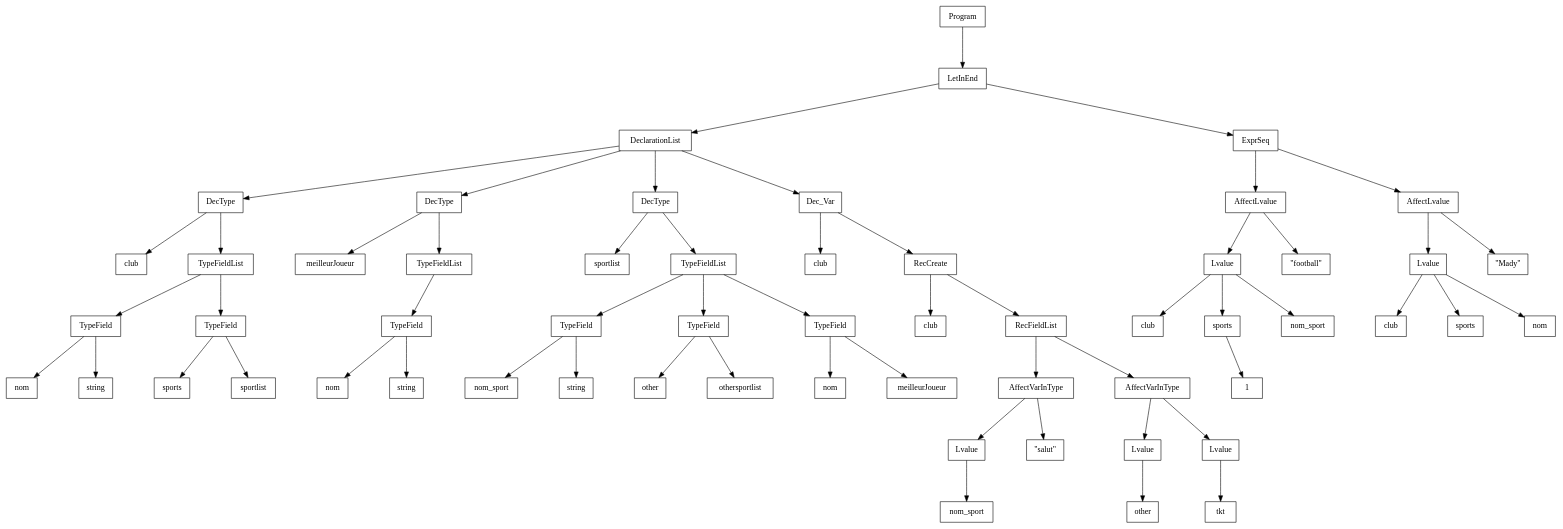
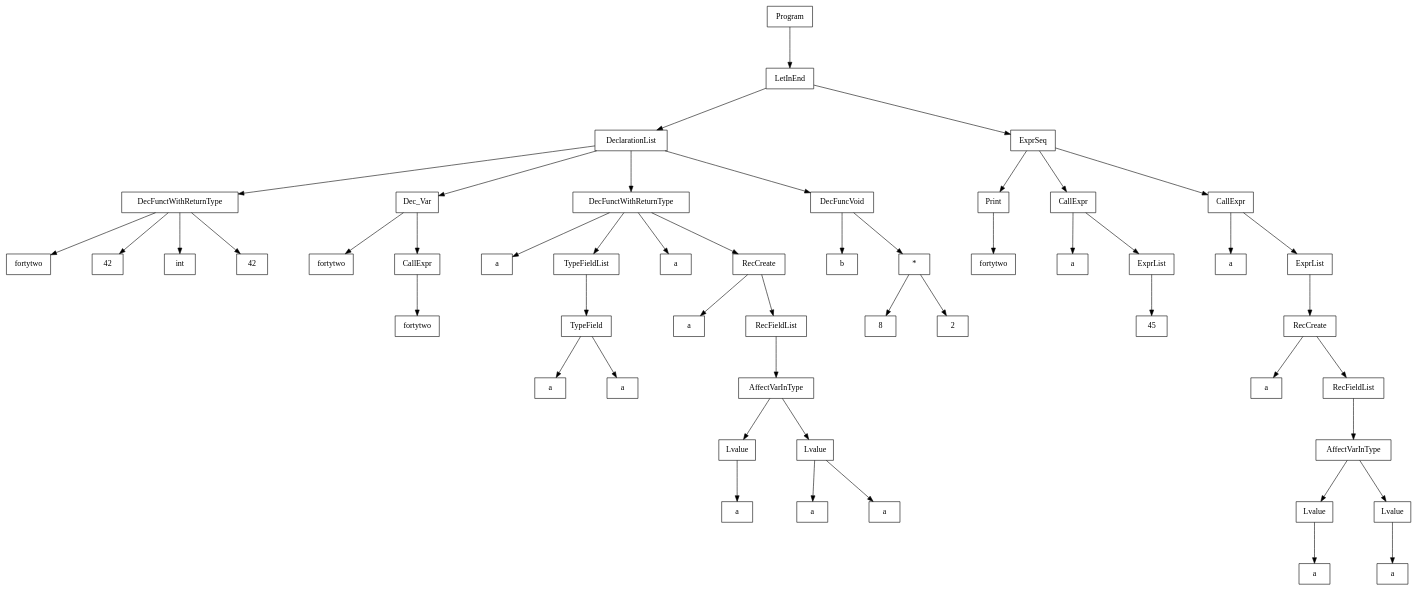
Before and after one commit to smarsou/compiler-syntax-semantic-analysis: the diagram in out/tree.dot, drawn with Graphviz. The commit also changed 4 other files, not shown here.

```diff
--- a/out/tree.dot
+++ b/out/tree.dot
@@ -1,122 +1,108 @@
 digraph "ast"{
 
 	nodesep=1;
 	ranksep=1;
 
 	N0 [label="Program", shape="box"];
 	N1 [label="LetInEnd", shape="box"];
 	N2 [label="DeclarationList", shape="box"];
-	N3 [label="DecType", shape="box"];
-	N4 [label="club", shape="box"];
-	N5 [label="TypeFieldList", shape="box"];
-	N6 [label="TypeField", shape="box"];
-	N7 [label="nom", shape="box"];
-	N8 [label="string", shape="box"];
-	N9 [label="TypeField", shape="box"];
-	N10 [label="sports", shape="box"];
-	N11 [label="sportlist", shape="box"];
-	N12 [label="DecType", shape="box"];
-	N13 [label="meilleurJoueur", shape="box"];
+	N3 [label="DecFunctWithReturnType", shape="box"];
+	N4 [label="fortytwo", shape="box"];
+	N5 [label="42", shape="box"];
+	N6 [label="int", shape="box"];
+	N7 [label="42", shape="box"];
+	N8 [label="Dec_Var", shape="box"];
+	N9 [label="fortytwo", shape="box"];
+	N10 [label="CallExpr", shape="box"];
+	N11 [label="fortytwo", shape="box"];
+	N12 [label="DecFunctWithReturnType", shape="box"];
+	N13 [label="a", shape="box"];
 	N14 [label="TypeFieldList", shape="box"];
 	N15 [label="TypeField", shape="box"];
-	N16 [label="nom", shape="box"];
-	N17 [label="string", shape="box"];
-	N18 [label="DecType", shape="box"];
-	N19 [label="sportlist", shape="box"];
-	N20 [label="TypeFieldList", shape="box"];
-	N21 [label="TypeField", shape="box"];
-	N22 [label="nom_sport", shape="box"];
-	N23 [label="string", shape="box"];
-	N24 [label="TypeField", shape="box"];
-	N25 [label="other", shape="box"];
-	N26 [label="othersportlist", shape="box"];
-	N27 [label="TypeField", shape="box"];
-	N28 [label="nom", shape="box"];
-	N29 [label="meilleurJoueur", shape="box"];
-	N30 [label="Dec_Var", shape="box"];
-	N31 [label="club", shape="box"];
-	N32 [label="RecCreate", shape="box"];
-	N33 [label="club", shape="box"];
-	N34 [label="RecFieldList", shape="box"];
-	N36 [label="Lvalue", shape="box"];
-	N37 [label="nom_sport", shape="box"];
-	N38 [label="\"salut\"", shape="box"];
-	N35 [label="AffectVarInType", shape="box"];
-	N40 [label="Lvalue", shape="box"];
-	N41 [label="other", shape="box"];
-	N42 [label="Lvalue", shape="box"];
-	N43 [label="tkt", shape="box"];
-	N39 [label="AffectVarInType", shape="box"];
-	N44 [label="ExprSeq", shape="box"];
-	N45 [label="AffectLvalue", shape="box"];
-	N46 [label="Lvalue", shape="box"];
-	N47 [label="club", shape="box"];
-	N48 [label="sports", shape="box"];
-	N49 [label="1", shape="box"];
-	N50 [label="nom_sport", shape="box"];
-	N51 [label="\"football\"", shape="box"];
-	N52 [label="AffectLvalue", shape="box"];
-	N53 [label="Lvalue", shape="box"];
-	N54 [label="club", shape="box"];
-	N55 [label="sports", shape="box"];
-	N56 [label="nom", shape="box"];
-	N57 [label="\"Mady\"", shape="box"];
+	N16 [label="a", shape="box"];
+	N17 [label="a", shape="box"];
+	N18 [label="a", shape="box"];
+	N19 [label="RecCreate", shape="box"];
+	N20 [label="a", shape="box"];
+	N21 [label="RecFieldList", shape="box"];
+	N23 [label="Lvalue", shape="box"];
+	N24 [label="a", shape="box"];
+	N25 [label="Lvalue", shape="box"];
+	N26 [label="a", shape="box"];
+	N27 [label="a", shape="box"];
+	N22 [label="AffectVarInType", shape="box"];
+	N28 [label="DecFuncVoid", shape="box"];
+	N29 [label="b", shape="box"];
+	N31 [label="8", shape="box"];
+	N32 [label="2", shape="box"];
+	N30 [label="*", shape="box"];
+	N33 [label="ExprSeq", shape="box"];
+	N35 [label="fortytwo", shape="box"];
+	N34 [label="Print", shape="box"];
+	N36 [label="CallExpr", shape="box"];
+	N37 [label="a", shape="box"];
+	N38 [label="ExprList", shape="box"];
+	N39 [label="45", shape="box"];
+	N40 [label="CallExpr", shape="box"];
+	N41 [label="a", shape="box"];
+	N42 [label="ExprList", shape="box"];
+	N43 [label="RecCreate", shape="box"];
+	N44 [label="a", shape="box"];
+	N45 [label="RecFieldList", shape="box"];
+	N47 [label="Lvalue", shape="box"];
+	N48 [label="a", shape="box"];
+	N49 [label="Lvalue", shape="box"];
+	N50 [label="a", shape="box"];
+	N46 [label="AffectVarInType", shape="box"];
 
-	N6 -> N7; 
-	N6 -> N8; 
-	N5 -> N6; 
-	N9 -> N10; 
-	N9 -> N11; 
-	N5 -> N9; 
 	N3 -> N4; 
 	N3 -> N5; 
+	N3 -> N6; 
+	N3 -> N7; 
 	N2 -> N3; 
+	N10 -> N11; 
+	N8 -> N9; 
+	N8 -> N10; 
+	N2 -> N8; 
+	N12 -> N13; 
 	N15 -> N16; 
 	N15 -> N17; 
 	N14 -> N15; 
-	N12 -> N13; 
 	N12 -> N14; 
+	N12 -> N18; 
+	N23 -> N24; 
+	N25 -> N26; 
+	N25 -> N27; 
+	N22 -> N23; 
+	N22 -> N25; 
+	N21 -> N22; 
+	N19 -> N20; 
+	N19 -> N21; 
+	N12 -> N19; 
 	N2 -> N12; 
-	N21 -> N22; 
-	N21 -> N23; 
-	N20 -> N21; 
-	N24 -> N25; 
-	N24 -> N26; 
-	N20 -> N24; 
-	N27 -> N28; 
-	N27 -> N29; 
-	N20 -> N27; 
-	N18 -> N19; 
-	N18 -> N20; 
-	N2 -> N18; 
-	N36 -> N37; 
-	N35 -> N36; 
-	N35 -> N38; 
-	N34 -> N35; 
-	N40 -> N41; 
-	N42 -> N43; 
-	N39 -> N40; 
-	N39 -> N42; 
-	N34 -> N39; 
-	N32 -> N33; 
-	N32 -> N34; 
 	N30 -> N31; 
 	N30 -> N32; 
-	N2 -> N30; 
+	N28 -> N29; 
+	N28 -> N30; 
+	N2 -> N28; 
 	N1 -> N2; 
+	N34 -> N35; 
+	N33 -> N34; 
+	N36 -> N37; 
+	N38 -> N39; 
+	N36 -> N38; 
+	N33 -> N36; 
+	N40 -> N41; 
+	N47 -> N48; 
+	N49 -> N50; 
 	N46 -> N47; 
-	N48 -> N49; 
-	N46 -> N48; 
-	N46 -> N50; 
+	N46 -> N49; 
 	N45 -> N46; 
-	N45 -> N51; 
-	N44 -> N45; 
-	N53 -> N54; 
-	N53 -> N55; 
-	N53 -> N56; 
-	N52 -> N53; 
-	N52 -> N57; 
-	N44 -> N52; 
-	N1 -> N44; 
+	N43 -> N44; 
+	N43 -> N45; 
+	N42 -> N43; 
+	N40 -> N42; 
+	N33 -> N40; 
+	N1 -> N33; 
 	N0 -> N1; 
 }
```
